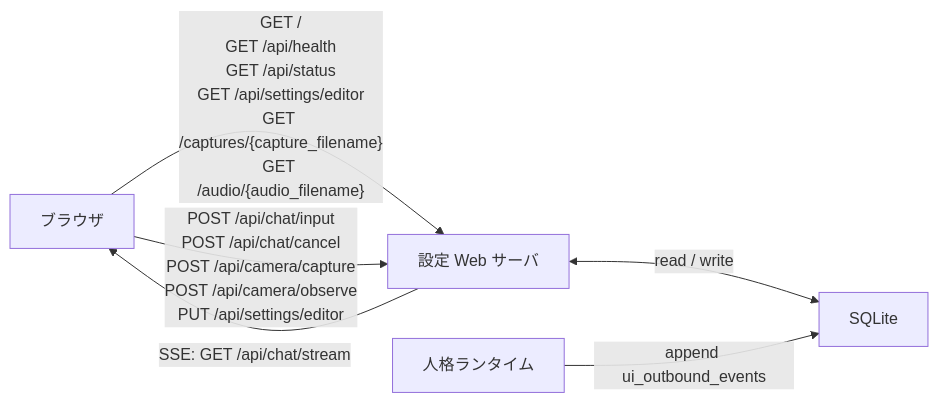
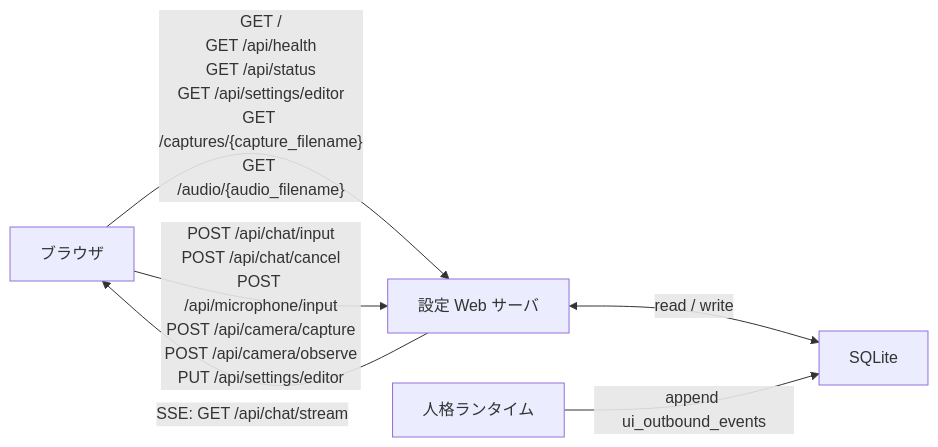
The diagram in docs/35_WebAPI仕様.md (hirona98/OtomeKairo), drawn with Mermaid before and after one commit. The commit also changed other lines of this file and 13 other files, not shown here.

````diff
--- a/docs/35_WebAPI仕様.md
+++ b/docs/35_WebAPI仕様.md
@@ -112,8 +113,8 @@
 ```mermaid
 flowchart LR
     browser["ブラウザ"] -->|"GET /\nGET /api/health\nGET /api/status\nGET /api/settings/editor\nGET /captures/{capture_filename}\nGET /audio/{audio_filename}"| web["設定 Web サーバ"]
-    browser -->|"POST /api/chat/input\nPOST /api/chat/cancel\nPOST /api/camera/capture\nPOST /api/camera/observe\nPUT /api/settings/editor"| web
+    browser -->|"POST /api/chat/input\nPOST /api/chat/cancel\nPOST /api/microphone/input\nPOST /api/camera/capture\nPOST /api/camera/observe\nPUT /api/settings/editor"| web
     web <-->|read / write| db["SQLite"]
     runtime["人格ランタイム"] -->|"append ui_outbound_events"| db
     web -->|"SSE: GET /api/chat/stream"| browser
 ```
````
